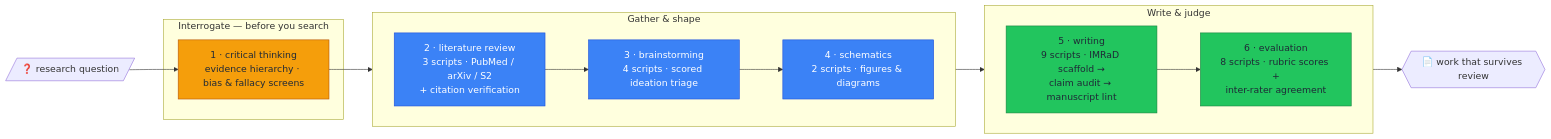
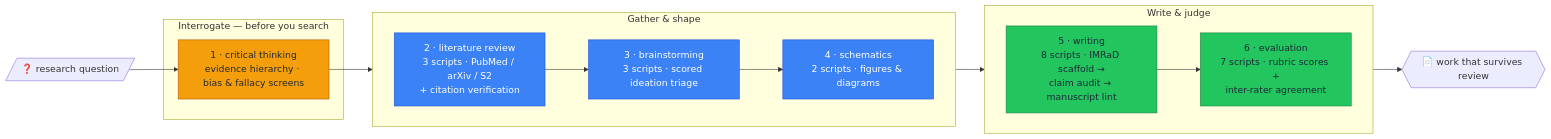
One commit to AlveeeRahman/research-hound changed the diagram in README.md. Above: the diagram before and after it, drawn with Mermaid. The commit also changed other lines of this file and 5 other files, not shown here.

````diff
--- a/README.md
+++ b/README.md
@@ -38,25 +38,25 @@
 ```mermaid
 flowchart LR
     q[/"❓ research question"/] --> ct
     subgraph THINK["Interrogate — before you search"]
         ct["1 · critical thinking<br/>evidence hierarchy · bias & fallacy screens"]
     end
     subgraph GATHER["Gather & shape"]
         direction LR
-        lr["2 · literature review<br/>3 scripts · PubMed / arXiv / S2<br/>+ citation verification"] --> bs["3 · brainstorming<br/>4 scripts · scored ideation triage"]
+        lr["2 · literature review<br/>3 scripts · PubMed / arXiv / S2<br/>+ citation verification"] --> bs["3 · brainstorming<br/>3 scripts · scored ideation triage"]
         bs --> sc["4 · schematics<br/>2 scripts · figures & diagrams"]
     end
     subgraph SHIP["Write & judge"]
         direction LR
-        wr["5 · writing<br/>9 scripts · IMRaD scaffold →<br/>claim audit → manuscript lint"] --> ev["6 · evaluation<br/>8 scripts · rubric scores +<br/>inter-rater agreement"]
+        wr["5 · writing<br/>8 scripts · IMRaD scaffold →<br/>claim audit → manuscript lint"] --> ev["6 · evaluation<br/>7 scripts · rubric scores +<br/>inter-rater agreement"]
     end
     ct --> lr
     sc --> wr
     ev --> out{{"📄 work that survives review"}}
     classDef think fill:#f59e0b,stroke:#b45309,color:#1f2937
     classDef gather fill:#3b82f6,stroke:#1d4ed8,color:#ffffff
     classDef ship fill:#22c55e,stroke:#15803d,color:#1f2937
     class ct think
     class lr,bs,sc gather
     class wr,ev ship
 ```
````
